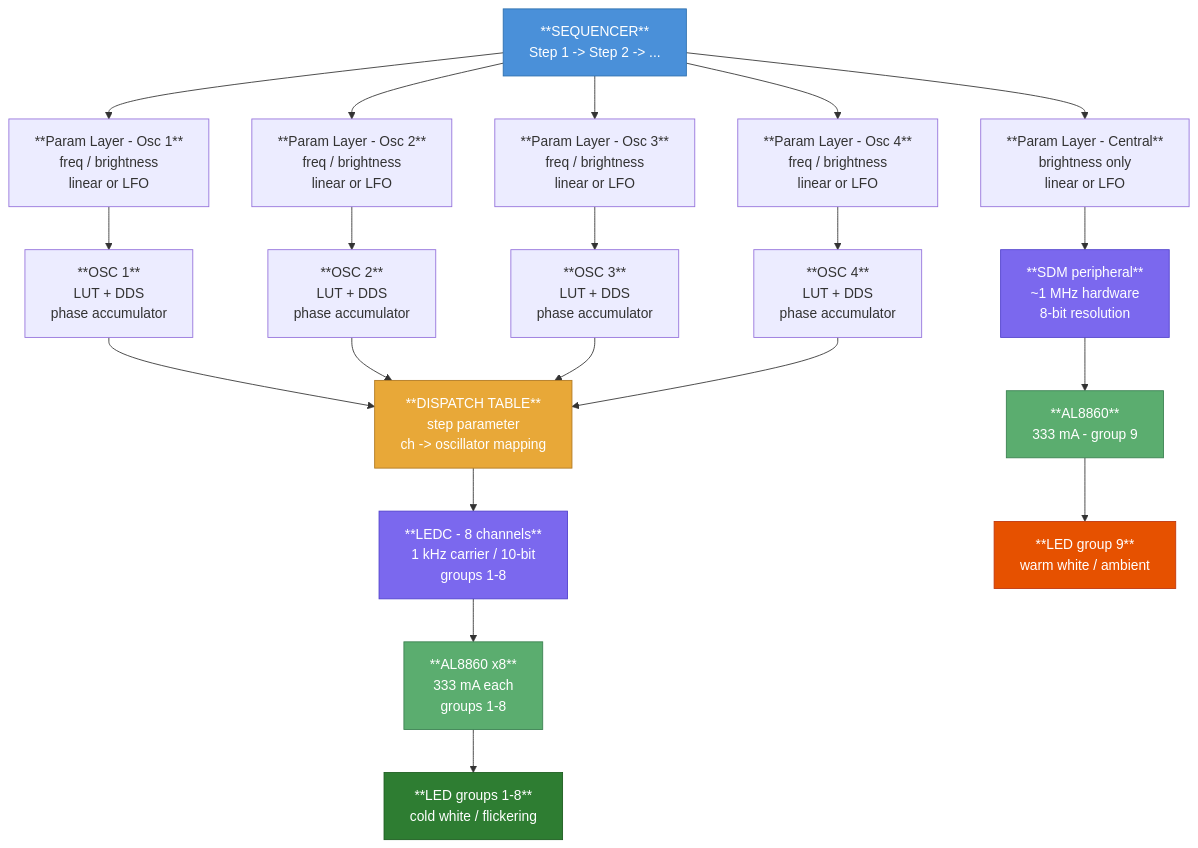
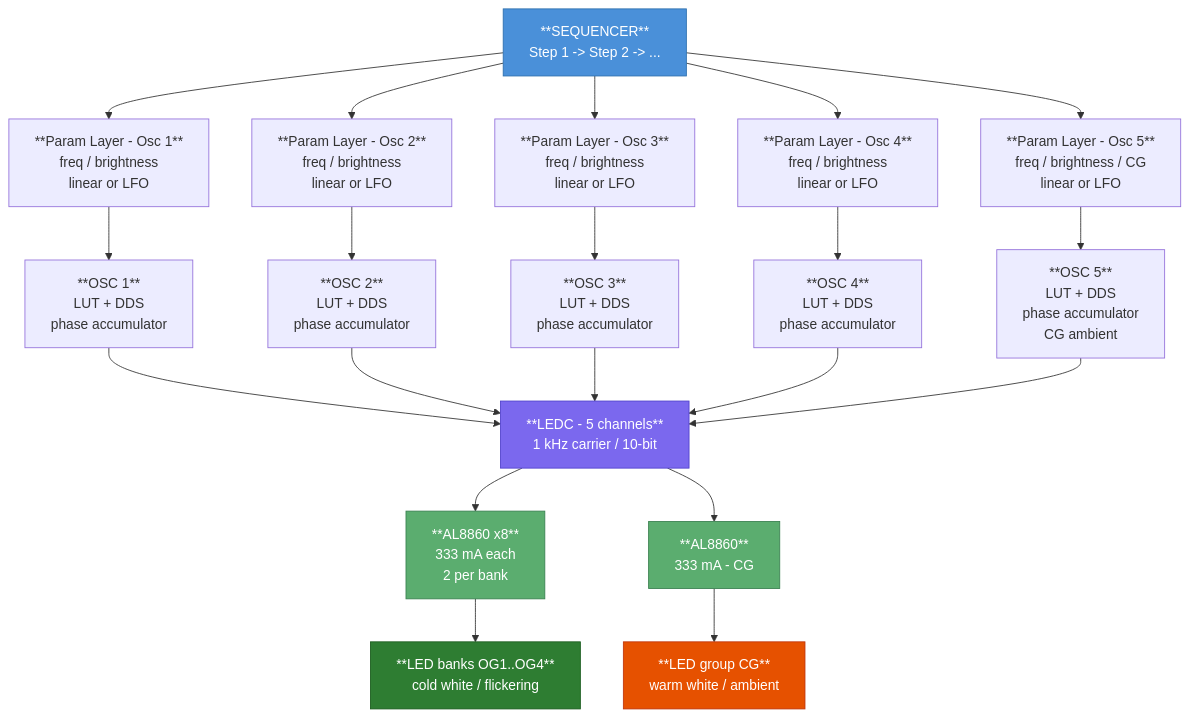
One commit to DrCoolzic/MorpheusHypnoLight changed the diagram in doc/MHLSpecification.md. Above: the diagram before and after it, drawn with Mermaid. The commit also changed other lines of this file, not shown here.

Commit message:
MLH Spec with 5 osc & 5 groups

````diff
--- a/doc/MHLSpecification.md
+++ b/doc/MHLSpecification.md
@@ -345,38 +301,35 @@
 ```mermaid
 flowchart TD
     SEQ["**SEQUENCER**\nStep 1 -> Step 2 -> ..."]
 
     SEQ --> P1["**Param Layer - Osc 1**\nfreq / brightness\nlinear or LFO"]
     SEQ --> P2["**Param Layer - Osc 2**\nfreq / brightness\nlinear or LFO"]
     SEQ --> P3["**Param Layer - Osc 3**\nfreq / brightness\nlinear or LFO"]
     SEQ --> P4["**Param Layer - Osc 4**\nfreq / brightness\nlinear or LFO"]
-    SEQ --> PC["**Param Layer - Central**\nbrightness only\nlinear or LFO"]
+    SEQ --> P5["**Param Layer - Osc 5**\nfreq / brightness / CG\nlinear or LFO"]
 
     P1 --> O1["**OSC 1**\nLUT + DDS\nphase accumulator"]
     P2 --> O2["**OSC 2**\nLUT + DDS\nphase accumulator"]
     P3 --> O3["**OSC 3**\nLUT + DDS\nphase accumulator"]
     P4 --> O4["**OSC 4**\nLUT + DDS\nphase accumulator"]
-    PC --> SDM["**SDM peripheral**\n~1 MHz hardware\n8-bit resolution"]
+    P5 --> O5["**OSC 5**\nLUT + DDS\nphase accumulator\n CG ambient"]
 
-    O1 --> DT["**DISPATCH TABLE**\nstep parameter\nch -> oscillator mapping"]
-    O2 --> DT
-    O3 --> DT
-    O4 --> DT
+    O1 --> LEDC["**LEDC - 5 channels**\n1 kHz carrier / 10-bit"]
+    O2 --> LEDC
+    O3 --> LEDC
+    O4 --> LEDC
+    O5 --> LEDC
 
-    DT --> LEDC["**LEDC - 8 channels**\n1 kHz carrier / 10-bit\ngroups 1-8"]
-    SDM --> AL9["**AL8860**\n333 mA - group 9"]
+    LEDC --> AL18["**AL8860 x8**\n333 mA each\n2 per bank"]
+    LEDC --> AL9["**AL8860**\n333 mA - CG"]
 
-    LEDC --> AL18["**AL8860 x8**\n333 mA each\ngroups 1-8"]
-
-    AL18 --> G18["**LED groups 1-8**\ncold white / flickering"]
-    AL9  --> G9["**LED group 9**\nwarm white / ambient"]
+    AL18 --> G18["**LED banks OG1..OG4**\ncold white / flickering"]
+    AL9  --> G9["**LED group CG**\nwarm white / ambient"]
 
     style SEQ      fill:#4A90D9,color:#fff,stroke:#2c6fad
-    style DT       fill:#E8A838,color:#fff,stroke:#b07820
-    style SDM      fill:#7B68EE,color:#fff,stroke:#5040cc
     style LEDC     fill:#7B68EE,color:#fff,stroke:#5040cc
     style AL18     fill:#5BAD6F,color:#fff,stroke:#3a8050
     style AL9      fill:#5BAD6F,color:#fff,stroke:#3a8050
     style G18      fill:#2E7D32,color:#fff,stroke:#1a5c1e
     style G9       fill:#E65100,color:#fff,stroke:#bf360c
 ```
````
